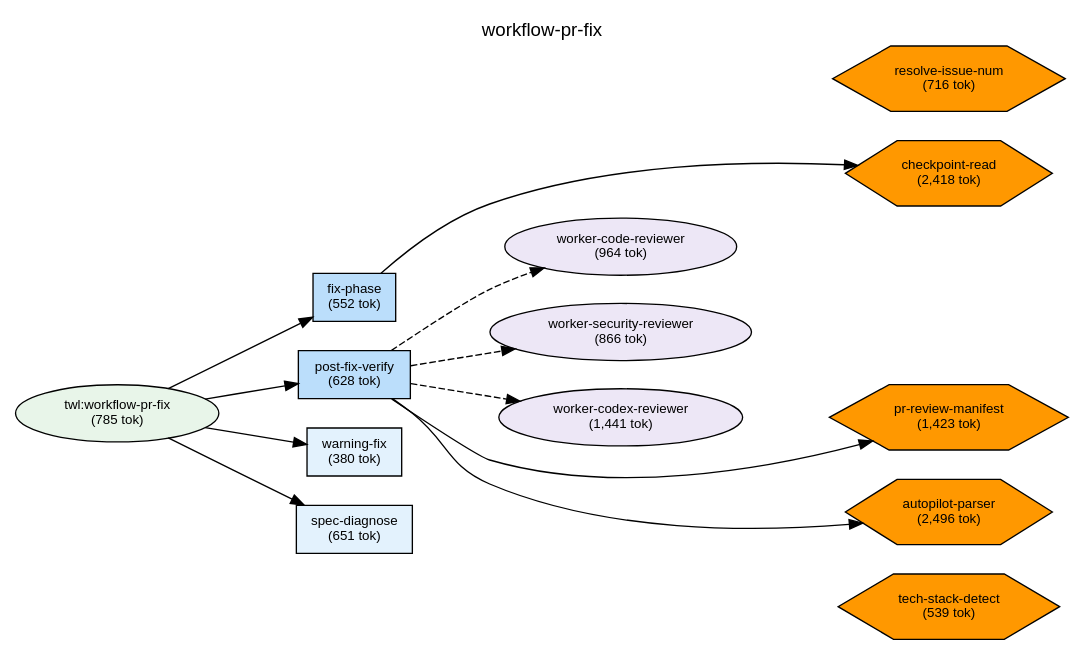
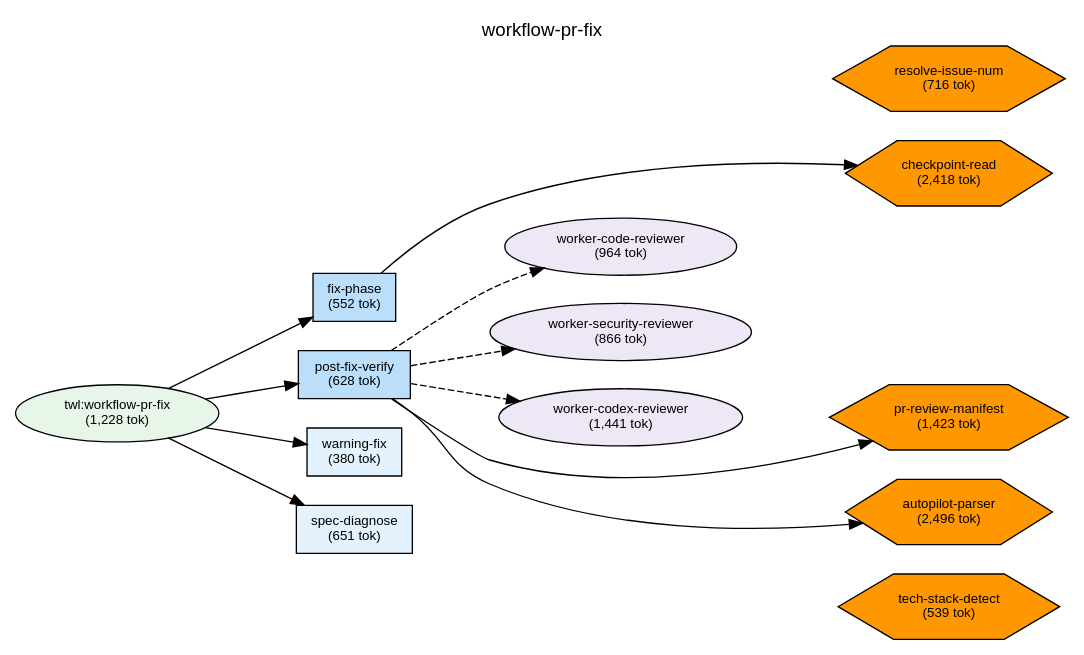
One commit to shuu5/twill changed the diagram in plugins/twl/docs/deps-workflow-pr-fix.dot. Above: the diagram before and after it, drawn with Graphviz. The commit also changed 21 other files, not shown here.

```diff
--- a/plugins/twl/docs/deps-workflow-pr-fix.dot
+++ b/plugins/twl/docs/deps-workflow-pr-fix.dot
@@ -1,75 +1,75 @@
 digraph Dependencies {
     // Graph settings
     rankdir=LR;
     ranksep=0.8;
     nodesep=0.3;
     fontname="Helvetica";
     node [fontname="Helvetica", fontsize=10];
     edge [fontname="Helvetica", fontsize=9];
     label="workflow-pr-fix";
     labelloc=t;
     fontsize=14;
 
     // L0: Controller Skills
 
     // L0: Launchers
 
     // L0.5: Workflow Skills
-    skill_workflow_pr_fix [label="twl:workflow-pr-fix\n(785 tok)", shape=ellipse, style=filled, fillcolor="#e8f5e9"];
+    skill_workflow_pr_fix [label="twl:workflow-pr-fix\n(1,228 tok)", shape=ellipse, style=filled, fillcolor="#e8f5e9"];
 
     // Reference Skills
 
     // L1: Direct Commands
     cmd_post_fix_verify [label="post-fix-verify\n(628 tok)", shape=box, style=filled, fillcolor="#bbdefb"];
     cmd_warning_fix [label="warning-fix\n(380 tok)", shape=box, style=filled, fillcolor="#e3f2fd"];
     cmd_fix_phase [label="fix-phase\n(552 tok)", shape=box, style=filled, fillcolor="#bbdefb"];
     cmd_spec_diagnose [label="spec-diagnose\n(651 tok)", shape=box, style=filled, fillcolor="#e3f2fd"];
 
     // L2: Sub Commands
 
     // L3: Agents
     agent_worker_codex_reviewer [label="worker-codex-reviewer\n(1,441 tok)", shape=ellipse, style=filled, fillcolor="#ede7f6"];
     agent_worker_code_reviewer [label="worker-code-reviewer\n(964 tok)", shape=ellipse, style=filled, fillcolor="#ede7f6"];
     agent_worker_security_reviewer [label="worker-security-reviewer\n(866 tok)", shape=ellipse, style=filled, fillcolor="#ede7f6"];
 
     // L3.5: Scripts
     script_tech_stack_detect [label="tech-stack-detect\n(539 tok)", shape=hexagon, style=filled, fillcolor="#FF9800"];
     script_autopilot_parser [label="autopilot-parser\n(2,496 tok)", shape=hexagon, style=filled, fillcolor="#FF9800"];
     script_resolve_issue_num [label="resolve-issue-num\n(716 tok)", shape=hexagon, style=filled, fillcolor="#FF9800"];
     script_pr_review_manifest [label="pr-review-manifest\n(1,423 tok)", shape=hexagon, style=filled, fillcolor="#FF9800"];
     script_checkpoint_read [label="checkpoint-read\n(2,418 tok)", shape=hexagon, style=filled, fillcolor="#FF9800"];
 
     // L4: External
 
     // Layer constraints
     { rank=same; skill_workflow_pr_fix; }
     { rank=same; cmd_post_fix_verify; cmd_warning_fix; cmd_fix_phase; cmd_spec_diagnose; }
     { rank=same; agent_worker_codex_reviewer; agent_worker_code_reviewer; agent_worker_security_reviewer; }
     { rank=same; script_tech_stack_detect; script_autopilot_parser; script_resolve_issue_num; script_pr_review_manifest; script_checkpoint_read; }
 
     // Edges
     skill_workflow_pr_fix -> cmd_fix_phase;
     skill_workflow_pr_fix -> cmd_post_fix_verify;
     skill_workflow_pr_fix -> cmd_warning_fix;
     skill_workflow_pr_fix -> cmd_spec_diagnose;
     cmd_post_fix_verify -> agent_worker_code_reviewer [style=dashed];
     cmd_post_fix_verify -> agent_worker_security_reviewer [style=dashed];
     cmd_post_fix_verify -> agent_worker_codex_reviewer [style=dashed];
     cmd_post_fix_verify -> script_pr_review_manifest;
     cmd_post_fix_verify -> script_autopilot_parser;
     cmd_fix_phase -> script_checkpoint_read;
 
     // Ordering constraints (invisible edges)
     cmd_fix_phase -> cmd_post_fix_verify [style=invis, weight=10];
     cmd_post_fix_verify -> cmd_warning_fix [style=invis, weight=10];
     cmd_warning_fix -> cmd_spec_diagnose [style=invis, weight=10];
     agent_worker_code_reviewer -> agent_worker_security_reviewer [style=invis, weight=10];
     agent_worker_security_reviewer -> agent_worker_codex_reviewer [style=invis, weight=10];
     agent_worker_codex_reviewer -> script_pr_review_manifest [style=invis, weight=10];
     script_pr_review_manifest -> script_autopilot_parser [style=invis, weight=10];
     script_autopilot_parser -> script_tech_stack_detect [style=invis, weight=10];
     agent_worker_code_reviewer -> agent_worker_security_reviewer [style=invis, weight=10];
     script_autopilot_parser -> script_tech_stack_detect [style=invis, weight=10];
     agent_worker_code_reviewer -> agent_worker_security_reviewer [style=invis, weight=10];
 
 }
```
